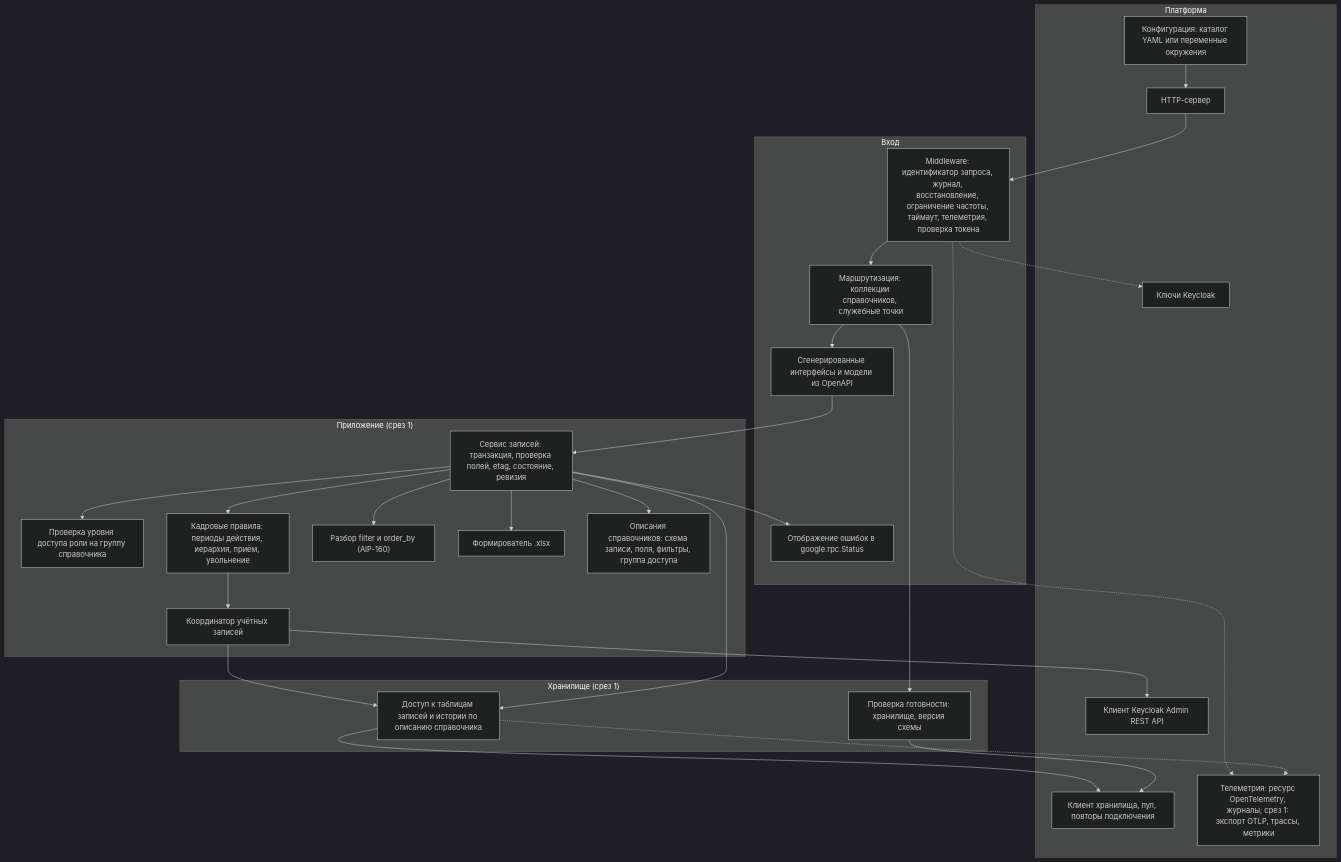
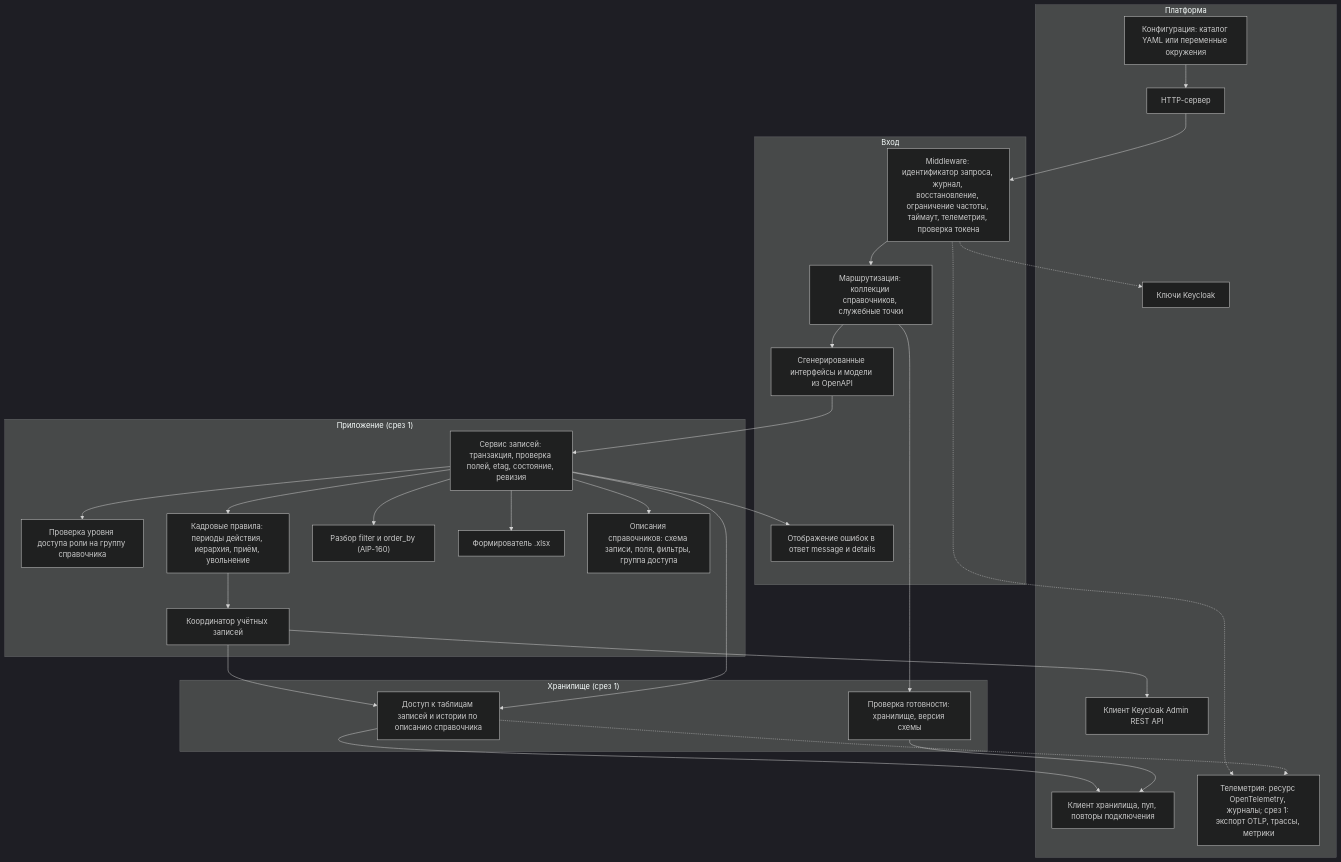
One commit to MEPhI-C22-501/arch-info-system-monorepo changed the second of 2 diagrams in reference-manager/documents/150.component-diagram.md. Above: the diagram before and after it, drawn with Mermaid (dark theme). The commit also changed other lines of this file and 27 other files, not shown here.

````diff
--- a/reference-manager/documents/150.component-diagram.md
+++ b/reference-manager/documents/150.component-diagram.md
@@ -35,49 +35,49 @@
 ```mermaid
 flowchart TB
     subgraph edge["Вход"]
         MW["Middleware: идентификатор запроса, журнал, восстановление, ограничение частоты, таймаут, телеметрия, проверка токена"]
         ROUTER["Маршрутизация: коллекции справочников, служебные точки"]
         GEN["Сгенерированные интерфейсы и модели из OpenAPI"]
-        PROBLEM["Отображение ошибок в google.rpc.Status"]
+        PROBLEM["Отображение ошибок в ответ message и details"]
     end
     subgraph app["Приложение (срез 1)"]
         SVC["Сервис записей: транзакция, проверка полей, etag, состояние, ревизия"]
         AUTHZ["Проверка уровня доступа роли на группу справочника"]
         HR["Кадровые правила: периоды действия, иерархия, приём, увольнение"]
         ACC["Координатор учётных записей"]
         FILTER["Разбор filter и order_by (AIP-160)"]
         XLSX["Формирователь .xlsx"]
         DESC["Описания справочников: схема записи, поля, фильтры, группа доступа"]
     end
     subgraph storage["Хранилище (срез 1)"]
         REPO["Доступ к таблицам записей и истории по описанию справочника"]
         READY["Проверка готовности: хранилище, версия схемы"]
     end
     subgraph platform["Платформа"]
         SRV["HTTP-сервер"]
         PG["Клиент хранилища, пул, повторы подключения"]
         CONF["Конфигурация: каталог YAML или переменные окружения"]
         TELE["Телеметрия: ресурс OpenTelemetry, журналы; срез 1: экспорт OTLP, трассы, метрики"]
         JWKS["Ключи Keycloak"]
         KCADM["Клиент Keycloak Admin REST API"]
     end
     MW --> ROUTER --> GEN --> SVC
     ROUTER --> READY
     SVC --> AUTHZ
     SVC --> FILTER
     SVC --> XLSX
     SVC --> DESC
     SVC --> HR
     HR --> ACC
     ACC --> KCADM
     ACC --> REPO
     SVC --> REPO
     SVC --> PROBLEM
     REPO --> PG
     READY --> PG
     MW -.-> TELE
     REPO -.-> TELE
     MW -.-> JWKS
     SRV --> MW
     CONF --> SRV
 ```
````
